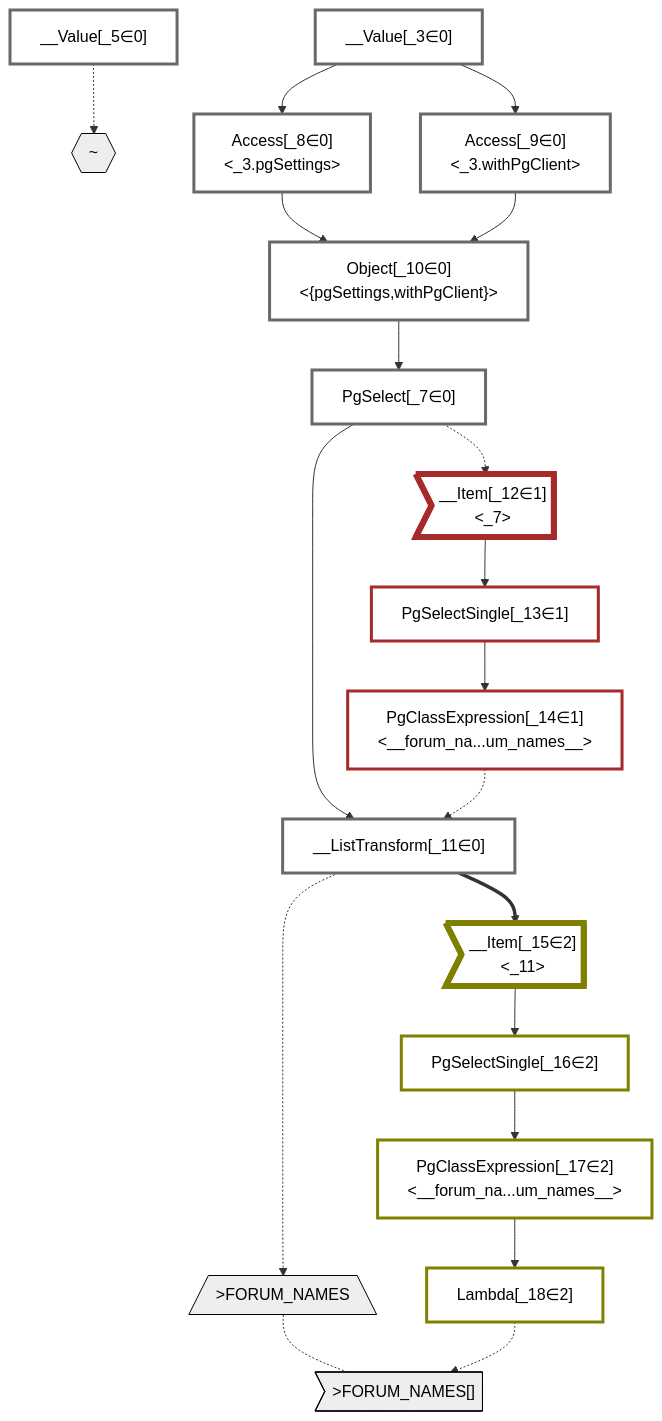
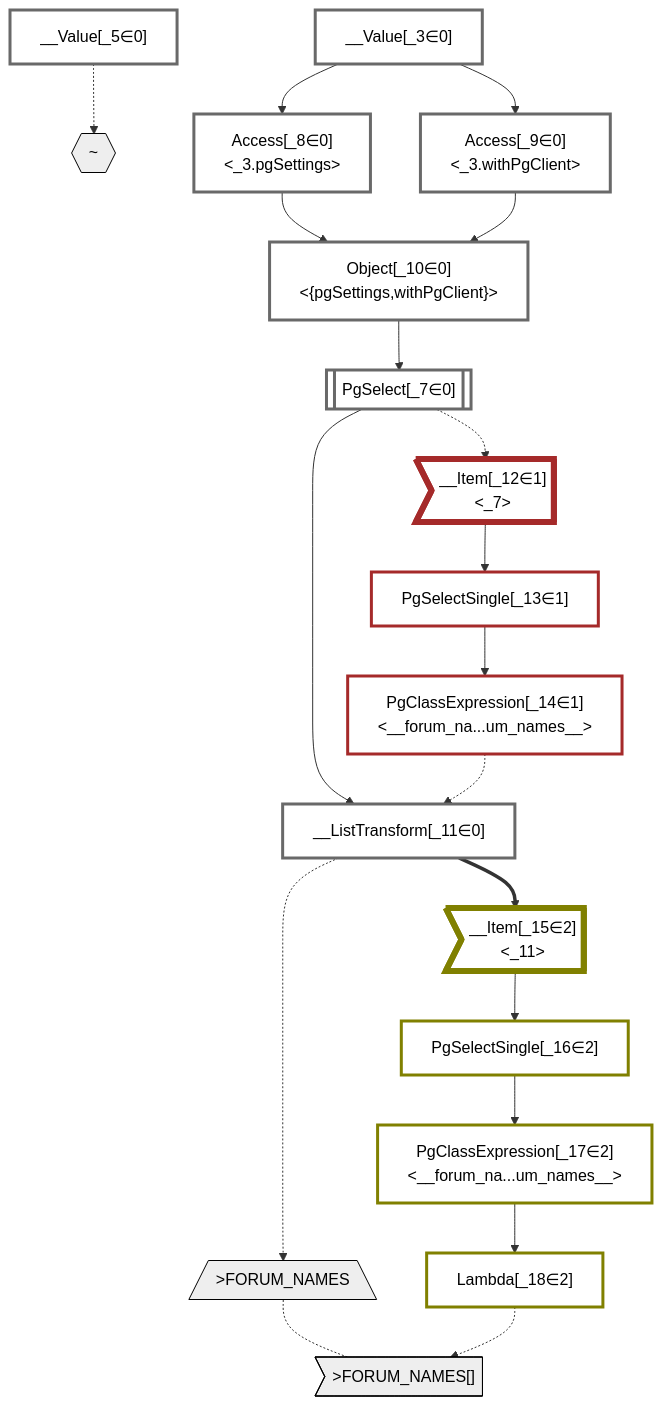
The diagram in packages/dataplan-pg/__tests__/queries/functions/custom-query-forum-names-upper.mermaid.md (graphile/crystal), drawn with Mermaid before and after one commit. The commit also changed 195 other files, not shown here.

````diff
--- a/packages/dataplan-pg/__tests__/queries/functions/custom-query-forum-names-upper.mermaid.md
+++ b/packages/dataplan-pg/__tests__/queries/functions/custom-query-forum-names-upper.mermaid.md
@@ -1,60 +1,60 @@
 ```mermaid
 graph TD
     classDef path fill:#eee,stroke:#000,color:#000
     classDef plan fill:#fff,stroke-width:3px,color:#000
     classDef itemplan fill:#fff,stroke-width:6px,color:#000
     classDef sideeffectplan fill:#f00,stroke-width:6px,color:#000
 
     %% subgraph fields
     P1{{"~"}}:::path
     P2[/">FORUM_NAMES"\]:::path
     P3>">FORUM_NAMES[]"]:::path
     P2 -.- P3
     %% P1 -.-> P2
     %% end
 
     %% define plans
     __Value_3["__Value[_3∈0]<br /><context>"]:::plan
     __Value_5["__Value[_5∈0]<br /><rootValue>"]:::plan
-    PgSelect_7["PgSelect[_7∈0]<br /><forum_names>"]:::plan
+    PgSelect_7[["PgSelect[_7∈0]<br /><forum_names>"]]:::plan
     Access_8["Access[_8∈0]<br /><_3.pgSettings>"]:::plan
     Access_9["Access[_9∈0]<br /><_3.withPgClient>"]:::plan
     Object_10["Object[_10∈0]<br /><{pgSettings,withPgClient}>"]:::plan
     __ListTransform_11["__ListTransform[_11∈0]<br /><each:_7>"]:::plan
     __Item_12>"__Item[_12∈1]<br /><_7>"]:::itemplan
     PgSelectSingle_13["PgSelectSingle[_13∈1]<br /><text>"]:::plan
     PgClassExpression_14["PgClassExpression[_14∈1]<br /><__forum_na...um_names__>"]:::plan
     __Item_15>"__Item[_15∈2]<br /><_11>"]:::itemplan
     PgSelectSingle_16["PgSelectSingle[_16∈2]<br /><text>"]:::plan
     PgClassExpression_17["PgClassExpression[_17∈2]<br /><__forum_na...um_names__>"]:::plan
     Lambda_18["Lambda[_18∈2]"]:::plan
 
     %% plan dependencies
     Object_10 --> PgSelect_7
     __Value_3 --> Access_8
     __Value_3 --> Access_9
     Access_8 --> Object_10
     Access_9 --> Object_10
     PgSelect_7 --> __ListTransform_11
     PgClassExpression_14 -.-> __ListTransform_11
     PgSelect_7 -.-> __Item_12
     __Item_12 --> PgSelectSingle_13
     PgSelectSingle_13 --> PgClassExpression_14
     __ListTransform_11 ==> __Item_15
     __Item_15 --> PgSelectSingle_16
     PgSelectSingle_16 --> PgClassExpression_17
     PgClassExpression_17 --> Lambda_18
 
     %% plan-to-path relationships
     __Value_5 -.-> P1
     __ListTransform_11 -.-> P2
     Lambda_18 -.-> P3
 
     %% allocate buckets
     classDef bucket0 stroke:#696969
     class __Value_3,__Value_5,PgSelect_7,Access_8,Access_9,Object_10,__ListTransform_11 bucket0
     classDef bucket1 stroke:#a52a2a
     class __Item_12,PgSelectSingle_13,PgClassExpression_14 bucket1
     classDef bucket2 stroke:#808000
     class __Item_15,PgSelectSingle_16,PgClassExpression_17,Lambda_18 bucket2
 ```
````
